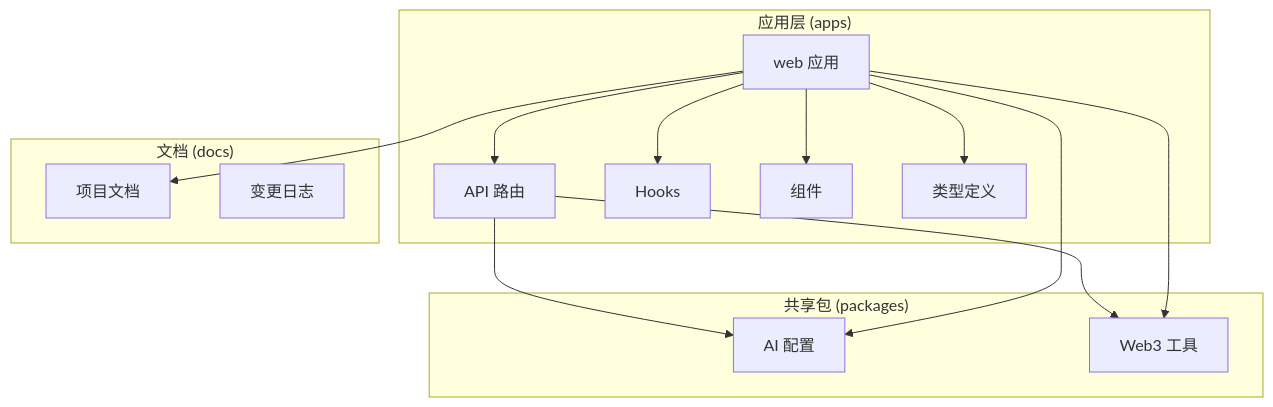
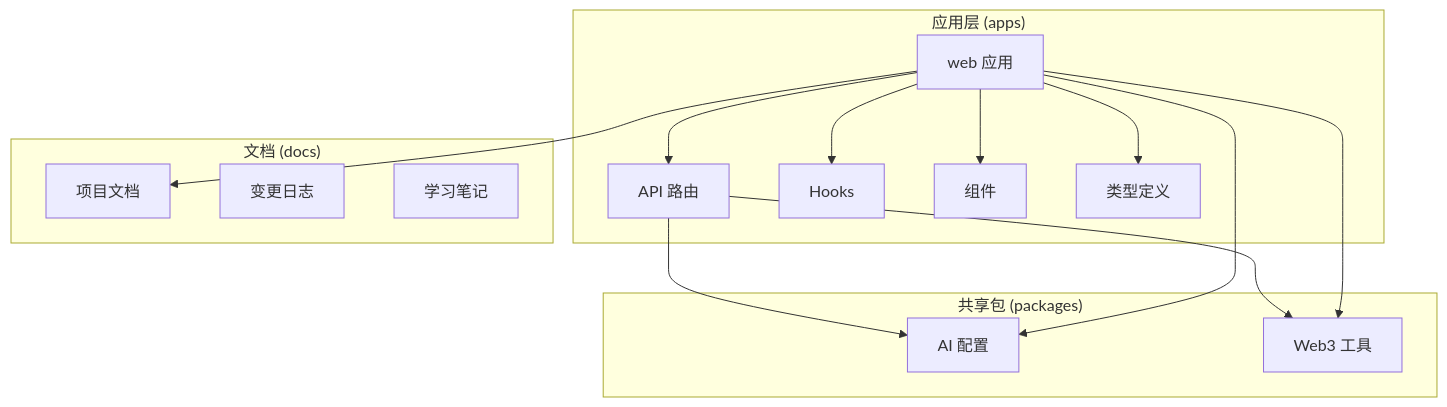
Before and after one commit to CryptoLinxu/Web3-AI-Agent: the first of 12 diagrams in .qoder/repowiki/zh/content/核心技能详解/SSE流式聊天系统.md, drawn with Mermaid. The commit also changed other lines of this file and 3 other files, not shown here.

````diff
--- a/.qoder/repowiki/zh/content/核心技能详解/SSE流式聊天系统.md
+++ b/.qoder/repowiki/zh/content/核心技能详解/SSE流式聊天系统.md
@@ -57,27 +54,28 @@
 ```mermaid
 graph TB
 subgraph "应用层 (apps)"
 WEB[web 应用]
 WEB_API[API 路由]
 WEB_HOOKS[Hooks]
 WEB_COMPONENTS[组件]
 WEB_TYPES[类型定义]
 end
 subgraph "共享包 (packages)"
 AI_CONFIG[AI 配置]
 WEB3_TOOLS[Web3 工具]
 end
 subgraph "文档 (docs)"
 DOCS[项目文档]
 CHANGELOG[变更日志]
+LEARNING[学习笔记]
 end
 WEB --> WEB_API
 WEB --> WEB_HOOKS
 WEB --> WEB_COMPONENTS
 WEB --> WEB_TYPES
 WEB_API --> AI_CONFIG
 WEB_API --> WEB3_TOOLS
 WEB --> AI_CONFIG
 WEB --> WEB3_TOOLS
 WEB --> DOCS
 ```
````
